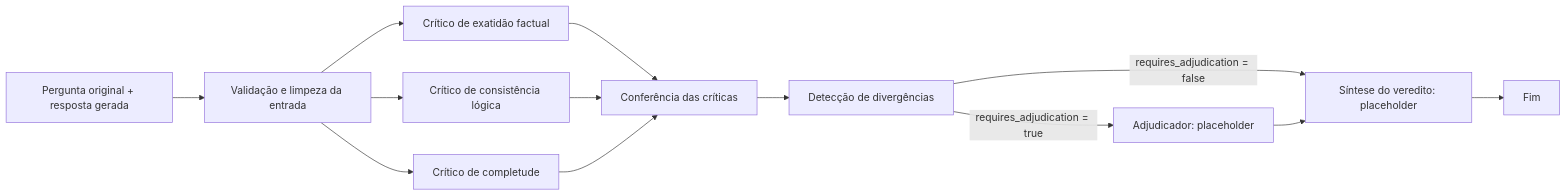
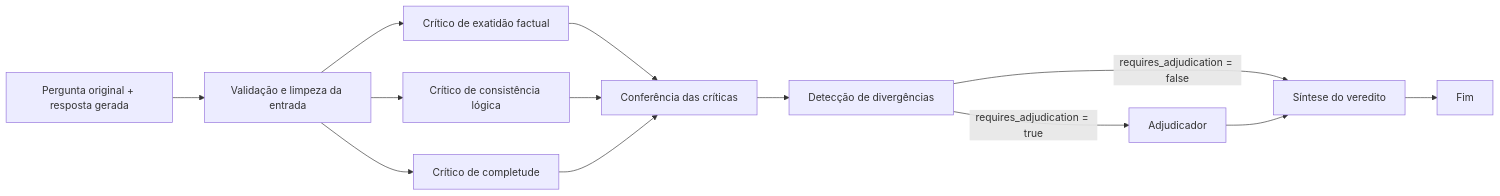
Before and after one commit to carlosEA28/LLM-Output-Arbitration-System: the diagram in README.md, drawn with Mermaid. The commit also changed other lines of this file and 15 other files, not shown here.

Commit message:
feat: implement adjudicator and synthesize_verdict functions, enhance verdict schema, and update README with new functionality

````diff
--- a/README.md
+++ b/README.md
@@ -9,15 +9,15 @@
 ```mermaid
 flowchart LR
     A["Pergunta original + resposta gerada"] --> B[Validação e limpeza da entrada]
     B --> C[Crítico de exatidão factual]
     B --> D[Crítico de consistência lógica]
     B --> E[Crítico de completude]
     C --> F[Conferência das críticas]
     D --> F
     E --> F
     F --> G[Detecção de divergências]
-    G -->|requires_adjudication = true| H[Adjudicador: placeholder]
-    G -->|requires_adjudication = false| I[Síntese do veredito: placeholder]
+    G -->|requires_adjudication = true| H[Adjudicador]
+    G -->|requires_adjudication = false| I[Síntese do veredito]
     H --> I
     I --> J[Fim]
 ```
````
